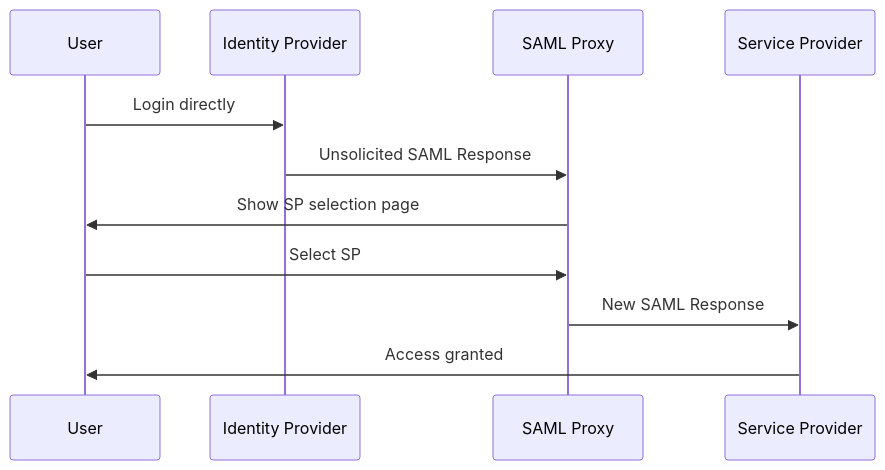
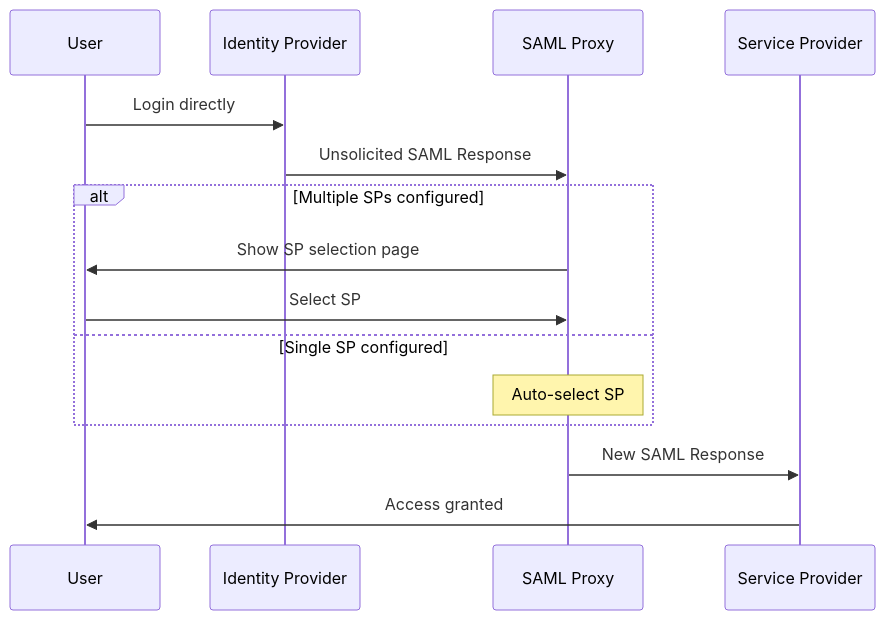
One commit to sters/simple-saml-proxy changed the second of 2 diagrams in README.md. Above: the diagram before and after it, drawn with Mermaid. The commit also changed other lines of this file and 11 other files, not shown here.

First line of the commit message:
feat: implement IdP-initiated SAML flow support

````diff
--- a/README.md
+++ b/README.md
@@ -190,14 +191,18 @@
 ```mermaid
 sequenceDiagram
     participant User
     participant IdP as Identity Provider
     participant Proxy as SAML Proxy
     participant SP as Service Provider
 
     User->>IdP: Login directly
     IdP->>Proxy: Unsolicited SAML Response
-    Proxy->>User: Show SP selection page
-    User->>Proxy: Select SP
+    alt Multiple SPs configured
+        Proxy->>User: Show SP selection page
+        User->>Proxy: Select SP
+    else Single SP configured
+        Note over Proxy: Auto-select SP
+    end
     Proxy->>SP: New SAML Response
     SP->>User: Access granted
 ```
````
